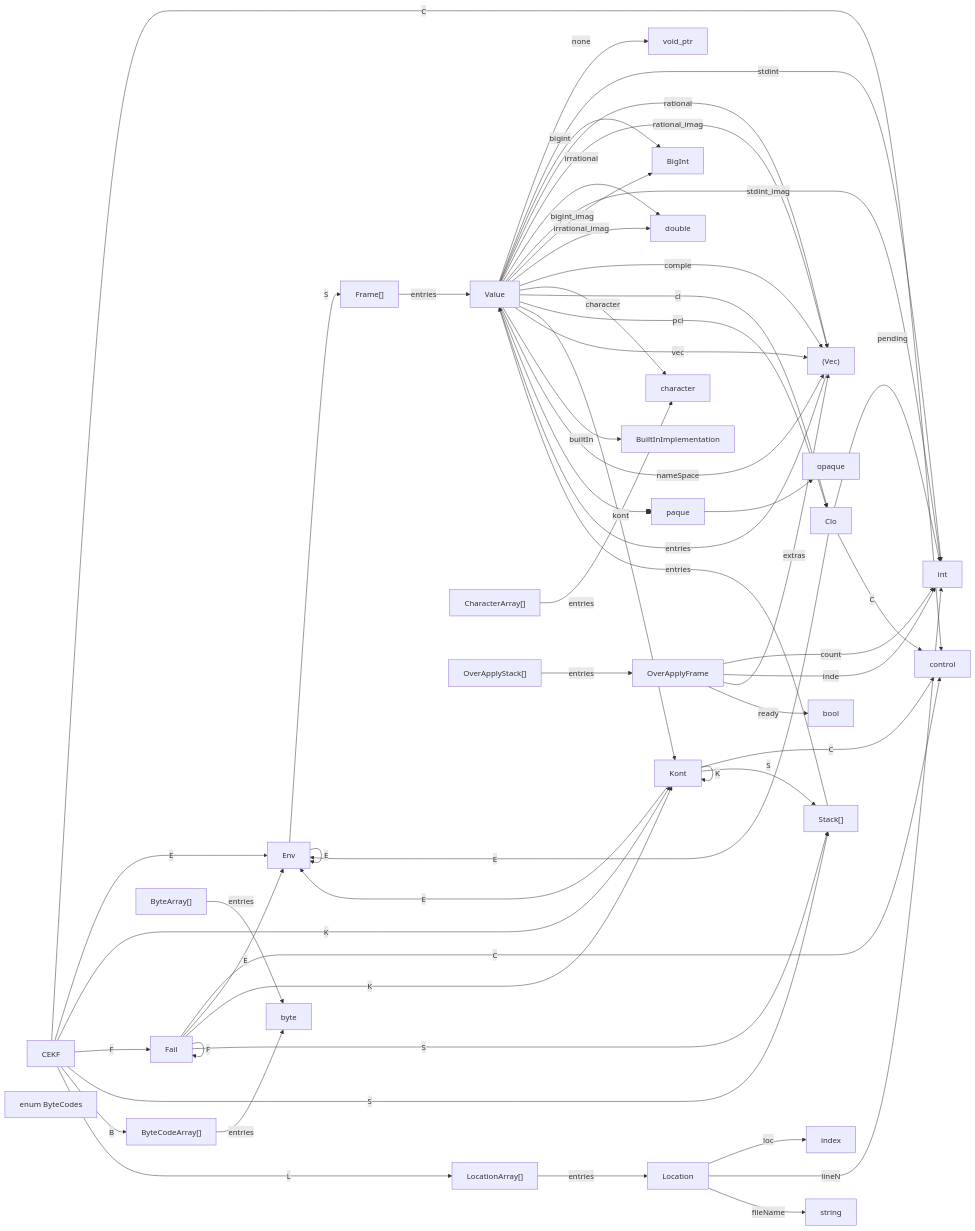
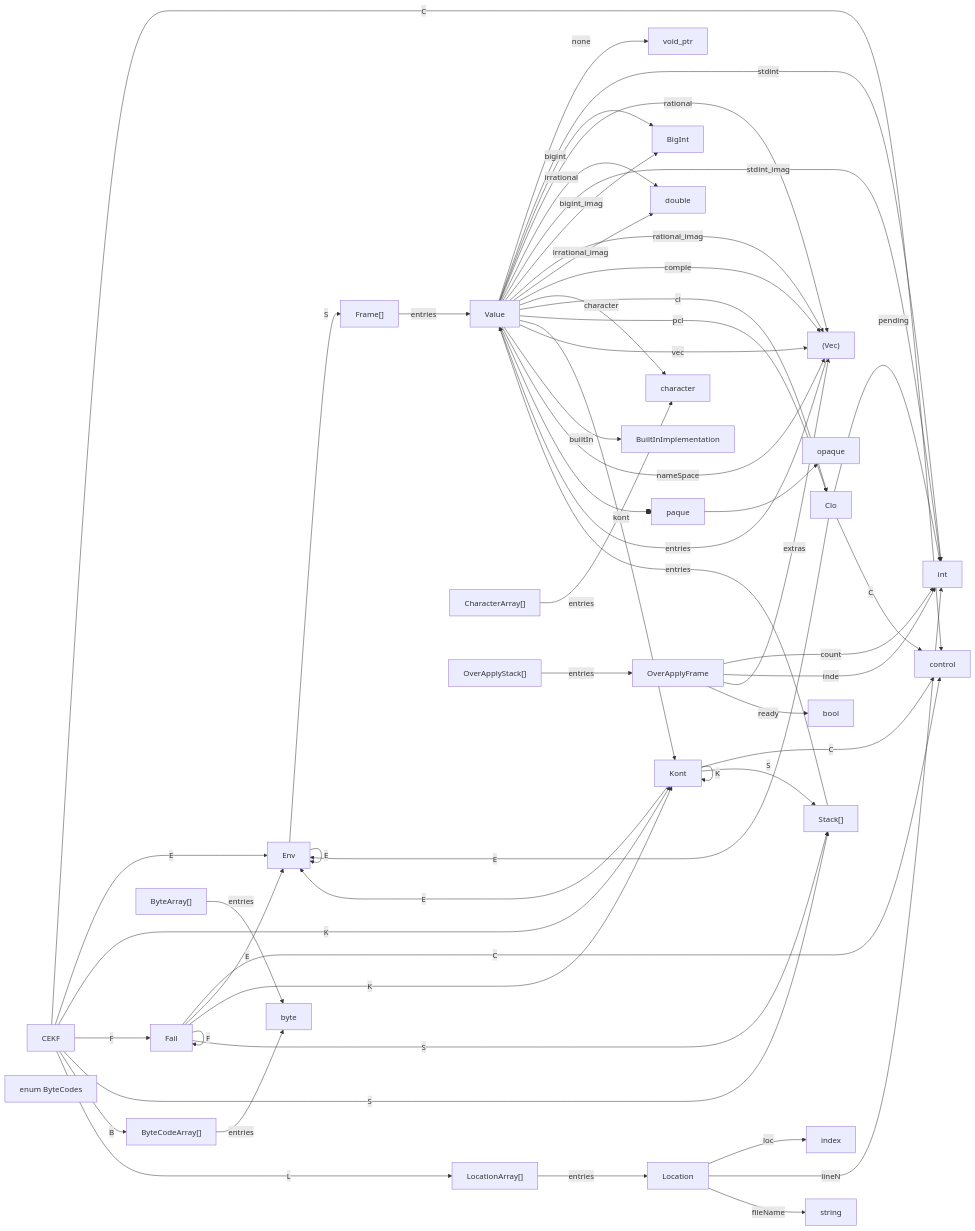
The diagram in docs/generated/cekfs.md (billhails/CEKF), drawn with Mermaid before and after one commit. The commit also changed other lines of this file and 5 other files, not shown here.

````diff
--- a/docs/generated/cekfs.md
+++ b/docs/generated/cekfs.md
@@ -5,58 +5,58 @@
 ```mermaid
 flowchart LR
 CEKF --C--> control
 CEKF --E--> Env
 CEKF --K--> Kont
 CEKF --F--> Fail
 CEKF --S--> Stack
 CEKF --B--> ByteCodeArray
 CEKF --L--> LocationArray
 OverApplyFrame --count--> int
 OverApplyFrame --index--> int
 OverApplyFrame --extras--> Vec
 OverApplyFrame --ready--> bool
 Env --S--> Frame
 Env --E--> Env
 Kont --C--> control
 Kont --E--> Env
 Kont --S--> Stack
 Kont --K--> Kont
 Clo --pending--> int
 Clo --C--> control
 Clo --E--> Env
 Fail --C--> control
 Fail --E--> Env
 Fail --K--> Kont
 Fail --S--> Stack
 Fail --F--> Fail
 Location --loc--> index
 Location --lineNo--> int
 Location --fileName--> string
 Vec["(Vec)"] --entries--> Value
 Value --none--> void_ptr
 Value --stdint--> int
 Value --bigint--> BigInt
 Value --rational--> Vec
-Value --rational_imag--> Vec
 Value --irrational--> double
 Value --stdint_imag--> int
 Value --bigint_imag--> BigInt
+Value --rational_imag--> Vec
 Value --irrational_imag--> double
 Value --complex--> Vec
 Value --character--> character
 Value --clo--> Clo
 Value --pclo--> Clo
 Value --kont--> Kont
 Value --vec--> Vec
 Value --builtIn--> BuiltInImplementation
 Value --nameSpace--> Vec
 Value --opaque--> opaque
 ByteCodeArray["ByteCodeArray[]"] --entries--> byte
 Stack["Stack[]"] --entries--> Value
 ByteCodes["enum ByteCodes"]
 CharacterArray["CharacterArray[]"] --entries--> character
 ByteArray["ByteArray[]"] --entries--> byte
 Frame["Frame[]"] --entries--> Value
 LocationArray["LocationArray[]"] --entries--> Location
 OverApplyStack["OverApplyStack[]"] --entries--> OverApplyFrame
 ```
````
